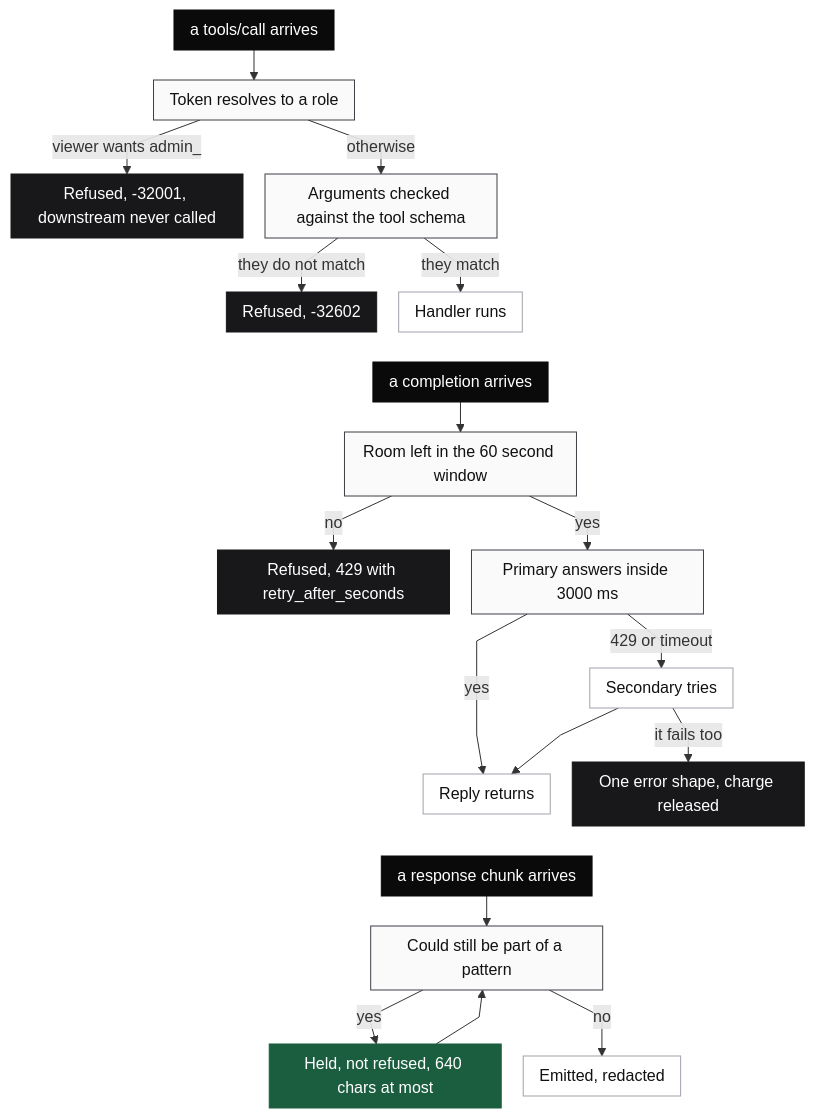
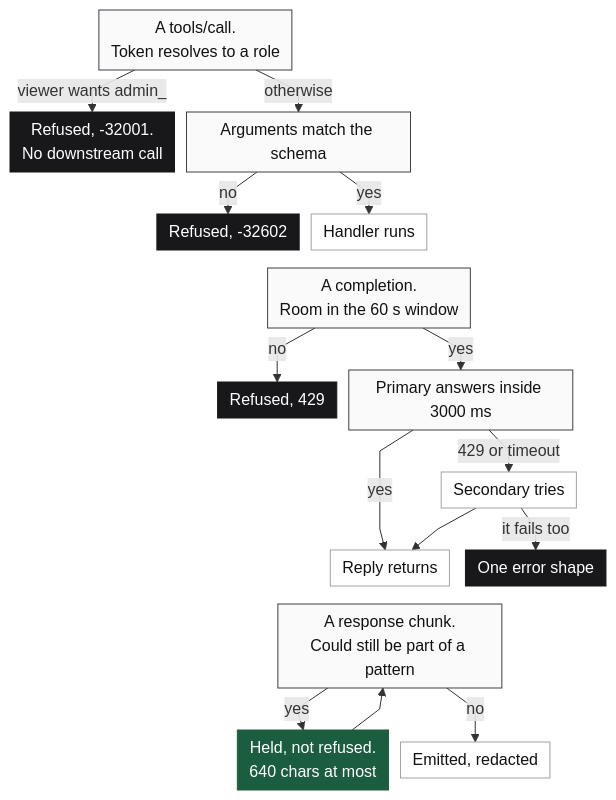
The diagram in README.md (jameswniu/quilr-fde-assessment), drawn with Mermaid before and after one commit. The commit also changed 1 other file, not shown here.

Commit message:
Shrink the refusal map so the whole thing fits at 75 percent zoom

````diff
--- a/README.md
+++ b/README.md
@@ -38,36 +38,34 @@
 ```mermaid
-%%{init: {"flowchart": {"rankSpacing": 30, "nodeSpacing": 22, "curve": "linear", "padding": 8}}}%%
+%%{init: {"flowchart": {"rankSpacing": 18, "nodeSpacing": 12, "curve": "linear", "padding": 6}}}%%
 flowchart TD
-  classDef entry fill:#0a0a0a,stroke:#0a0a0a,color:#ffffff
   classDef gate fill:#fafafa,stroke:#3f3f46,color:#111111
   classDef pass fill:#ffffff,stroke:#a1a1aa,color:#111111
   classDef stop fill:#18181b,stroke:#18181b,color:#ffffff
   classDef hold fill:#1b5e3f,stroke:#1b5e3f,color:#ffffff
 
-  A["a tools/call arrives"] --> B["Token resolves to a role"]
-  B -->|"viewer wants admin_"| B1["Refused, -32001, downstream never called"]
-  B -->|"otherwise"| C["Arguments checked against the tool schema"]
-  C -->|"they do not match"| C1["Refused, -32602"]
-  C -->|"they match"| C2["Handler runs"]
+  B["A tools/call.<br/>Token resolves to a role"]
+  B -->|"viewer wants admin_"| B1["Refused, -32001.<br/>No downstream call"]
+  B -->|"otherwise"| C["Arguments match the schema"]
+  C -->|"no"| C1["Refused, -32602"]
+  C -->|"yes"| C2["Handler runs"]
 
-  C2 ~~~ D
-  D["a completion arrives"] --> E["Room left in the 60 second window"]
-  E -->|"no"| E1["Refused, 429 with retry_after_seconds"]
+  C2 ~~~ E
+  E["A completion.<br/>Room in the 60 s window"]
+  E -->|"no"| E1["Refused, 429"]
   E -->|"yes"| F["Primary answers inside 3000 ms"]
   F -->|"429 or timeout"| G["Secondary tries"]
   F -->|"yes"| H["Reply returns"]
   G --> H
-  G -->|"it fails too"| G1["One error shape, charge released"]
+  G -->|"it fails too"| G1["One error shape"]
 
-  H ~~~ J
-  J["a response chunk arrives"] --> K["Could still be part of a pattern"]
-  K -->|"yes"| K1["Held, not refused, 640 chars at most"]
+  H ~~~ K
+  K["A response chunk.<br/>Could still be part of a pattern"]
+  K -->|"yes"| K1["Held, not refused.<br/>640 chars at most"]
   K1 --> K
   K -->|"no"| K2["Emitted, redacted"]
 
-  class A,D,J entry
   class B,C,E,F,K gate
   class C2,G,H,K2 pass
   class B1,C1,E1,G1 stop
   class K1 hold
 ```
````
